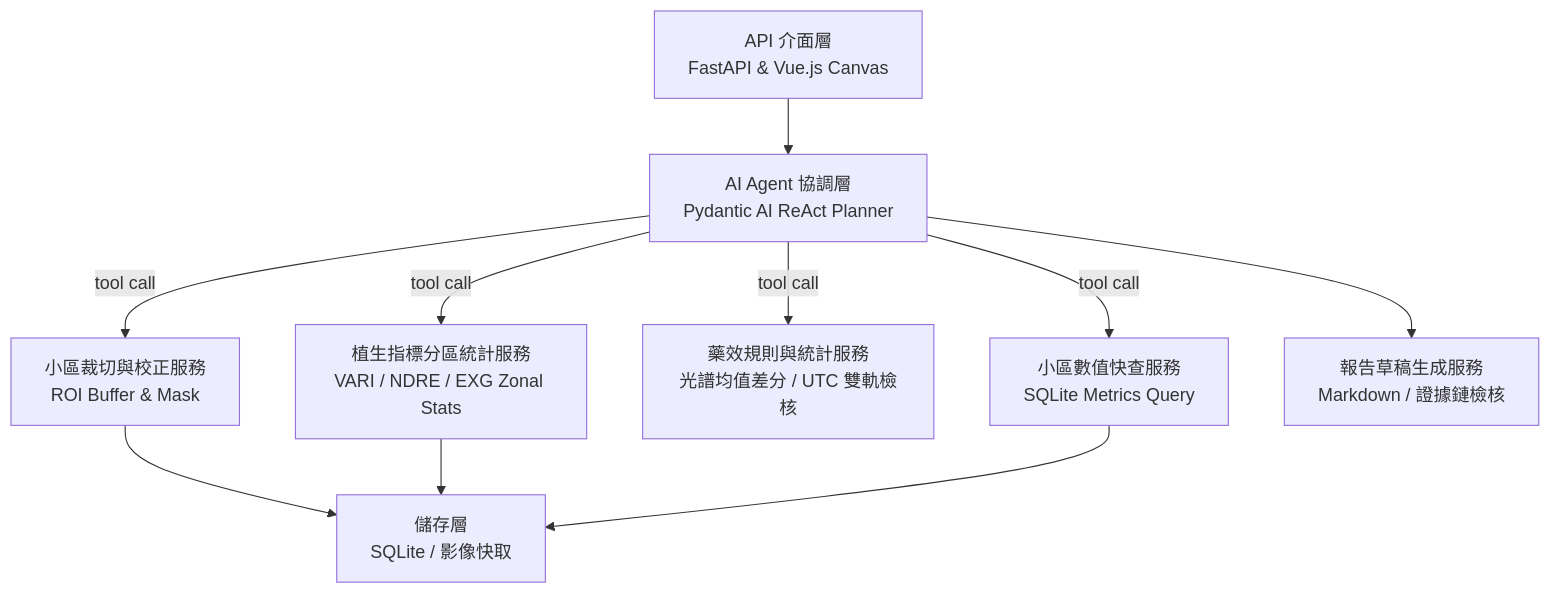
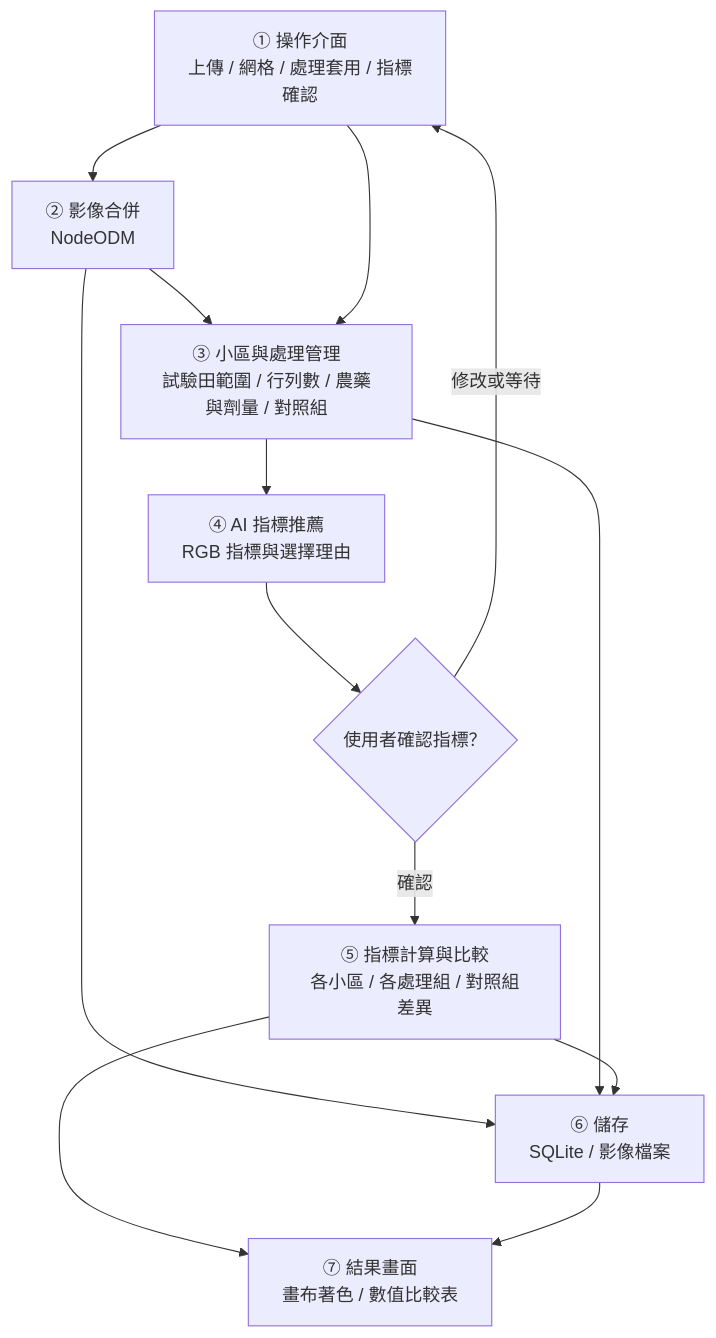
One commit to ChengLiangHsu/AI-InfoSec-Fianl-Project changed the first of 2 diagrams in docs/proposal/05_proposed_scheme.md. Above: the diagram before and after it, drawn with Mermaid. The commit also changed other lines of this file and 2 other files, not shown here.

````diff
--- a/docs/proposal/05_proposed_scheme.md
+++ b/docs/proposal/05_proposed_scheme.md
@@ -22,12 +15,23 @@
 ```mermaid
 graph TD
-    API["API 介面層<br/>FastAPI & Vue.js Canvas"] --> AGENT["AI Agent 協調層<br/>Pydantic AI ReAct Planner"]
-    AGENT -- tool call --> SEG["小區裁切與校正服務<br/>ROI Buffer & Mask"]
-    AGENT -- tool call --> IND["植生指標分區統計服務<br/>VARI / NDRE / EXG Zonal Stats"]
-    AGENT -- tool call --> RULE["藥效規則與統計服務<br/>光譜均值差分 / UTC 雙軌檢核"]
-    AGENT -- tool call --> QRY["小區數值快查服務<br/>SQLite Metrics Query"]
-    AGENT --> REP["報告草稿生成服務<br/>Markdown / 證據鏈檢核"]
-    SEG --> STORE["儲存層<br/>SQLite / 影像快取"]
-    IND --> STORE
-    QRY --> STORE
+    UI["① 操作介面<br/>上傳 / 網格 / 處理套用 / 指標確認"]
+    ODM["② 影像合併<br/>NodeODM"]
+    GRID["③ 小區與處理管理<br/>試驗田範圍 / 行列數 / 農藥與劑量 / 對照組"]
+    AI["④ AI 指標推薦<br/>RGB 指標與選擇理由"]
+    CONFIRM{"使用者確認指標？"}
+    ANALYSIS["⑤ 指標計算與比較<br/>各小區 / 各處理組 / 對照組差異"]
+    STORE["⑥ 儲存<br/>SQLite / 影像檔案"]
+    VIEW["⑦ 結果畫面<br/>畫布著色 / 數值比較表"]
+    UI --> ODM
+    ODM --> GRID
+    UI --> GRID
+    GRID --> AI
+    AI --> CONFIRM
+    CONFIRM -- 修改或等待 --> UI
+    CONFIRM -- 確認 --> ANALYSIS
+    ODM --> STORE
+    GRID --> STORE
+    ANALYSIS --> STORE
+    ANALYSIS --> VIEW
+    STORE --> VIEW
 ```
````
